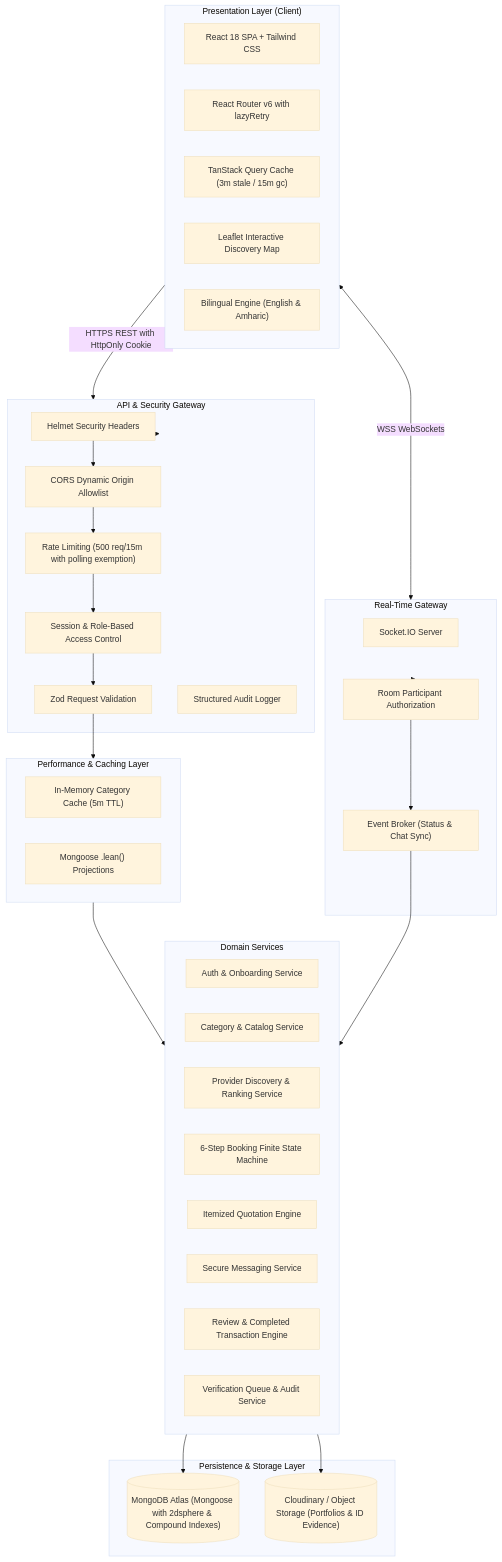
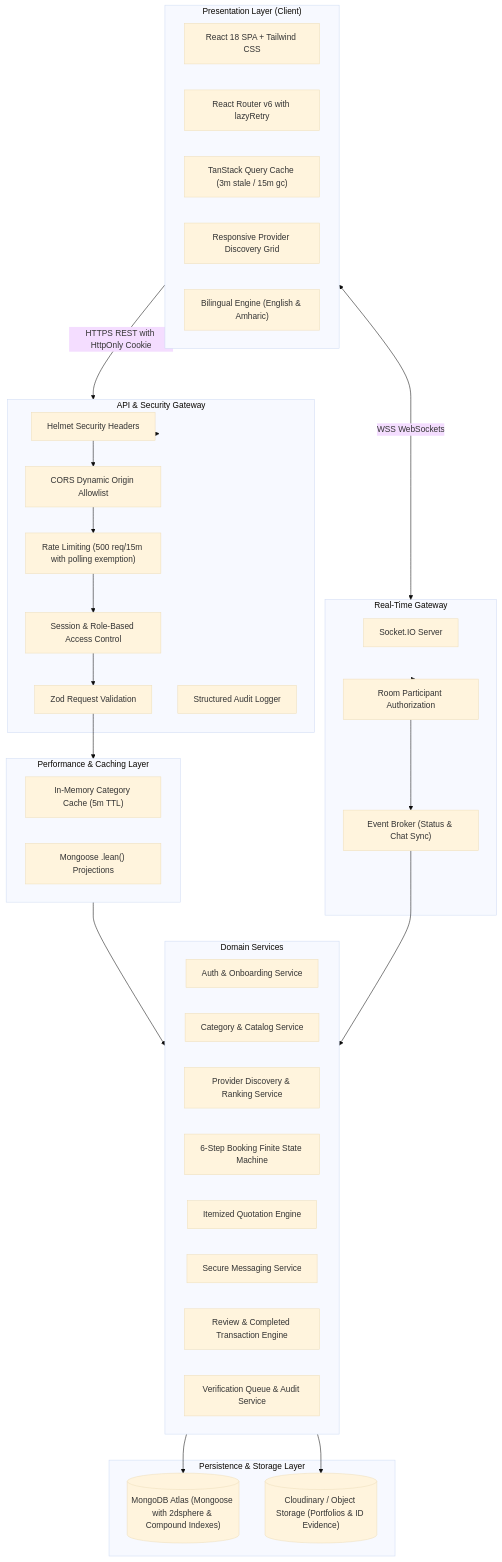
Before and after one commit to petersisay/lehulu: the first of 3 diagrams in docs/ARCHITECTURE.md, drawn with Mermaid (base theme). The commit also changed 16 other files, not shown here.

````diff
--- a/docs/ARCHITECTURE.md
+++ b/docs/ARCHITECTURE.md
@@ -7,53 +7,53 @@
 ```mermaid
 flowchart TD
     subgraph Presentation["Presentation Layer (Client)"]
         UI["React 18 SPA + Tailwind CSS"]
         Router["React Router v6 with lazyRetry"]
         Query["TanStack Query Cache (3m stale / 15m gc)"]
-        Leaflet["Leaflet Interactive Discovery Map"]
+        Grid["Responsive Provider Discovery Grid"]
         I18n["Bilingual Engine (English & Amharic)"]
     end
 
     subgraph Gateway["API & Security Gateway"]
         Helmet["Helmet Security Headers"]
         CORS["CORS Dynamic Origin Allowlist"]
         RateLimit["Rate Limiting (500 req/15m with polling exemption)"]
         AuthMW["Session & Role-Based Access Control"]
         ZodMW["Zod Request Validation"]
         AuditMW["Structured Audit Logger"]
     end
 
     subgraph RealTime["Real-Time Gateway"]
         SocketServer["Socket.IO Server"]
         RoomAuth["Room Participant Authorization"]
         EventBroker["Event Broker (Status & Chat Sync)"]
     end
 
     subgraph CacheLayer["Performance & Caching Layer"]
         CatCache["In-Memory Category Cache (5m TTL)"]
         LeanQuery["Mongoose .lean() Projections"]
     end
 
     subgraph Services["Domain Services"]
         AuthSvc["Auth & Onboarding Service"]
         CatSvc["Category & Catalog Service"]
         ProvSvc["Provider Discovery & Ranking Service"]
         BookSvc["6-Step Booking Finite State Machine"]
         QuoteSvc["Itemized Quotation Engine"]
         MsgSvc["Secure Messaging Service"]
         ReviewSvc["Review & Completed Transaction Engine"]
         AdminSvc["Verification Queue & Audit Service"]
     end
 
     subgraph Data["Persistence & Storage Layer"]
         Mongo[("MongoDB Atlas (Mongoose with 2dsphere & Compound Indexes)")]
         Storage[("Cloudinary / Object Storage (Portfolios & ID Evidence)")]
     end
 
     Presentation -->|HTTPS REST with HttpOnly Cookie| Gateway
     Presentation <-->|WSS WebSockets| RealTime
     Gateway --> Helmet --> CORS --> RateLimit --> AuthMW --> ZodMW --> CacheLayer --> Services
     RealTime --> RoomAuth --> EventBroker --> Services
     Services --> Mongo
     Services --> Storage
 ```
````
